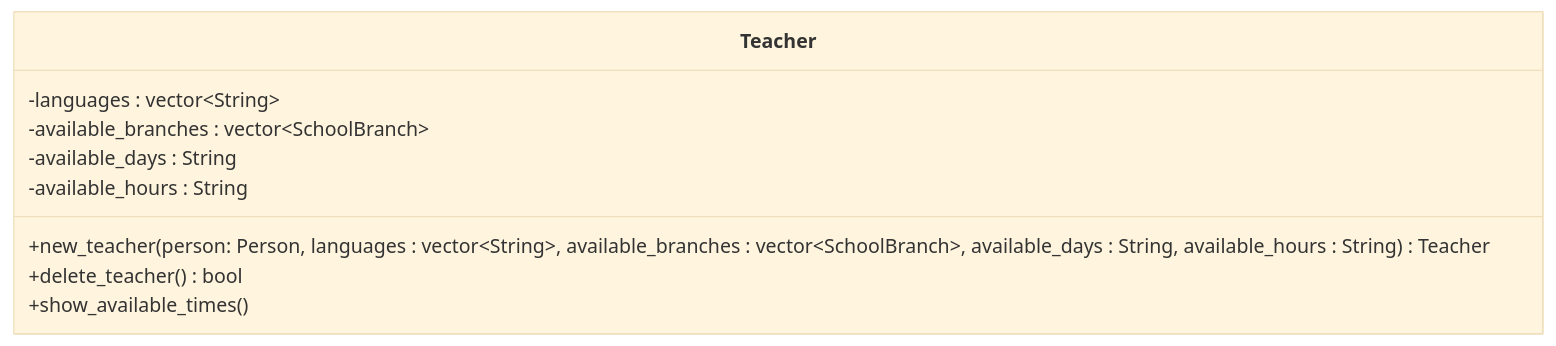
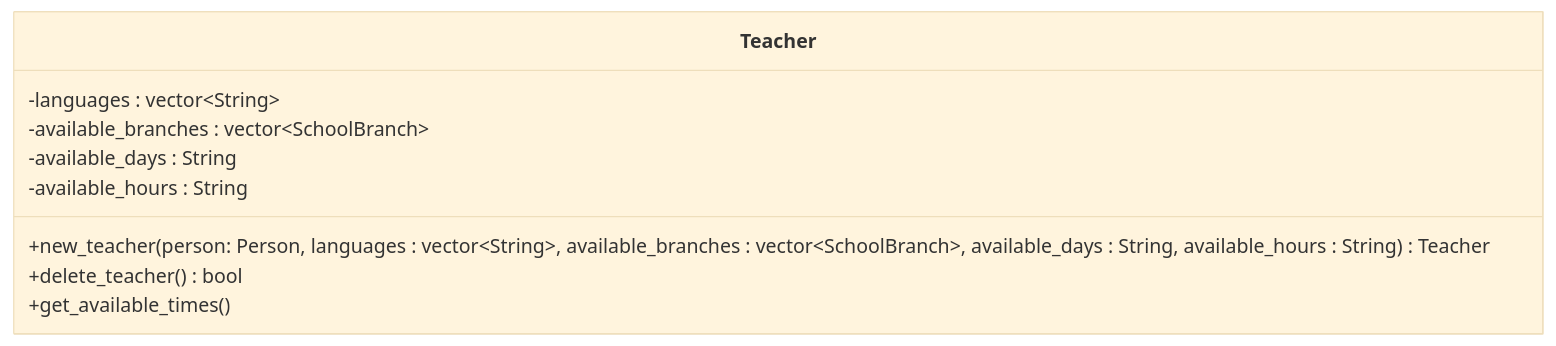
One commit to ondergormez/BLM3722_Software_Engineering changed the fifth of 9 diagrams in Project/UML_Diag.md. Above: the diagram before and after it, drawn with Mermaid (base theme). The commit also changed 5 other files, not shown here.

````diff
--- a/Project/UML_Diag.md
+++ b/Project/UML_Diag.md
@@ -112,12 +112,12 @@
 ```mermaid
 classDiagram    
     class Teacher{
       -languages : vector~String~ 
       -available_branches : vector~SchoolBranch~ 
       -available_days : String 
       -available_hours : String
       +new_teacher(person: Person, languages : vector~String~, available_branches : vector~SchoolBranch~, available_days : String, available_hours : String)  Teacher
      +delete_teacher() bool
-     +show_available_times()
+     +get_available_times()
     }
 ```
````
